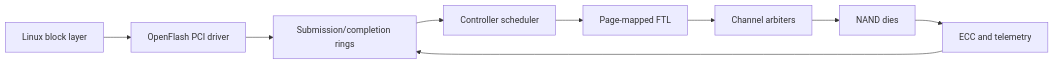
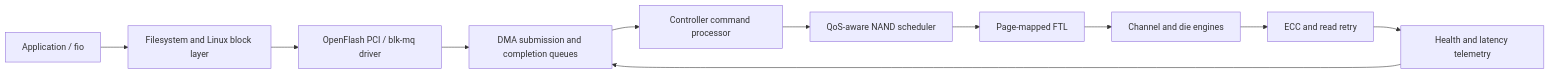
One commit to manishklach/openflash-controller-lab changed the diagram in README.md. Above: the diagram before and after it, drawn with Mermaid. The commit also changed other lines of this file and 4 other files, not shown here.

Commit message:
Prepare OpenFlash v0.3.0 release

````diff
--- a/README.md
+++ b/README.md
@@ -29,11 +51,13 @@
 ```mermaid
 flowchart LR
-    A["Linux block layer"] --> B["OpenFlash PCI driver"]
-    B --> C["Submission/completion rings"]
-    C --> D["Controller scheduler"]
-    D --> E["Page-mapped FTL"]
-    E --> F["Channel arbiters"]
-    F --> G["NAND dies"]
-    G --> H["ECC and telemetry"]
-    H --> C
+    U["Application / fio"] --> V["Filesystem and Linux block layer"]
+    V --> D["OpenFlash PCI / blk-mq driver"]
+    D --> Q["DMA submission and completion queues"]
+    Q --> C["Controller command processor"]
+    C --> S["QoS-aware NAND scheduler"]
+    S --> F["Page-mapped FTL"]
+    F --> N["Channel and die engines"]
+    N --> E["ECC and read retry"]
+    E --> T["Health and latency telemetry"]
+    T --> Q
 ```
````
